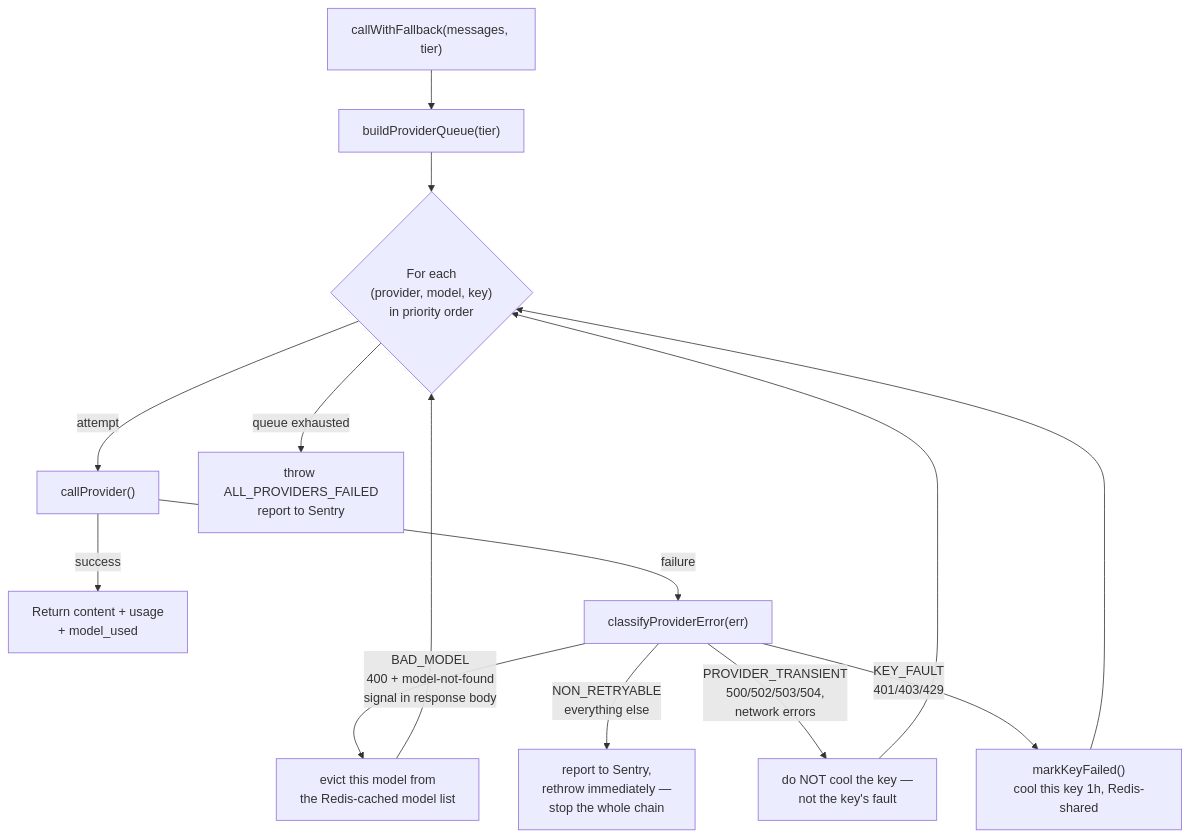
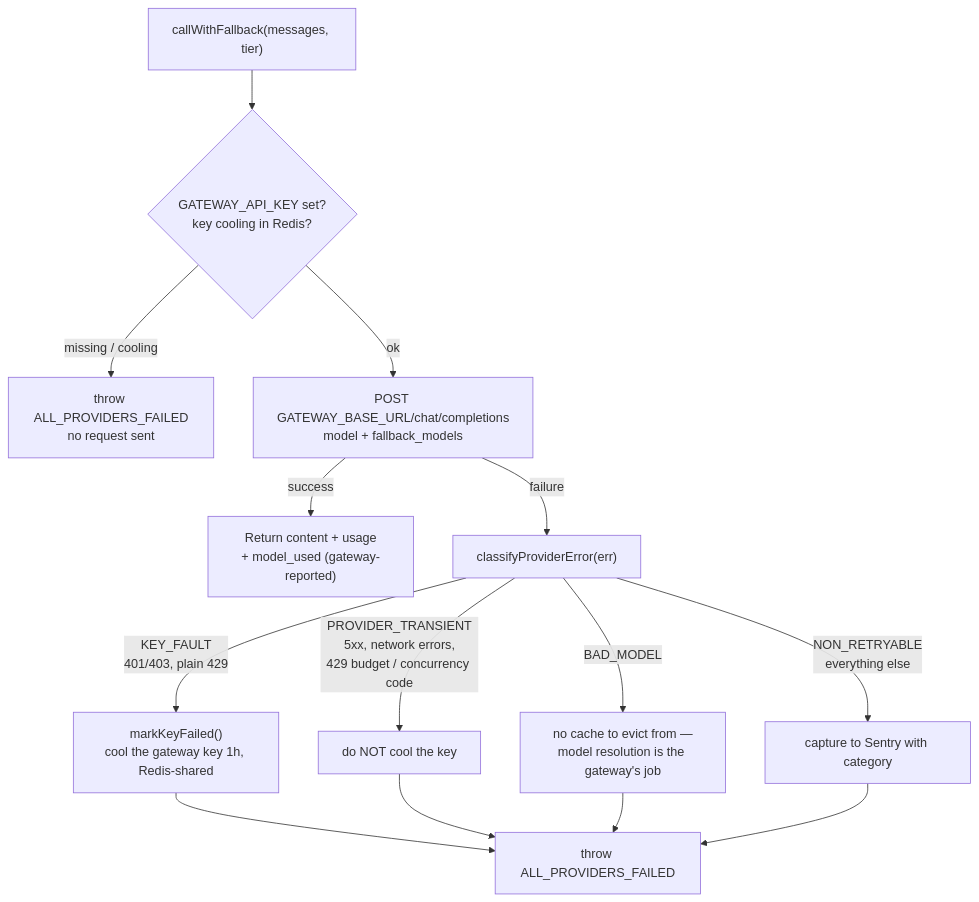
The fourth of 8 diagrams in ARCHITECTURE.md (Devpaul-01/Foundersales), drawn with Mermaid before and after one commit. The commit also changed other lines of this file and 4 other files, not shown here.

````diff
--- a/ARCHITECTURE.md
+++ b/ARCHITECTURE.md
@@ -200,16 +203,16 @@
 ```mermaid
 flowchart TB
-    Start["callWithFallback(messages, tier)"] --> Build["buildProviderQueue(tier)"]
-    Build --> Loop{"For each\n(provider, model, key)\nin priority order"}
-    Loop -->|attempt| Call["callProvider()"]
-    Call -->|success| Done["Return content + usage\n+ model_used"]
+    Start["callWithFallback(messages, tier)"] --> Guard{"GATEWAY_API_KEY set?\nkey cooling in Redis?"}
+    Guard -->|"missing / cooling"| FailFast["throw ALL_PROVIDERS_FAILED\nno request sent"]
+    Guard -->|ok| Call["POST GATEWAY_BASE_URL/chat/completions\nmodel + fallback_models"]
+    Call -->|success| Done["Return content + usage\n+ model_used (gateway-reported)"]
     Call -->|failure| Classify["classifyProviderError(err)"]
-    Classify -->|KEY_FAULT\n401/403/429| Cool["markKeyFailed()\ncool this key 1h, Redis-shared"]
-    Classify -->|PROVIDER_TRANSIENT\n500/502/503/504,\nnetwork errors| Skip["do NOT cool the key —\nnot the key's fault"]
-    Classify -->|BAD_MODEL\n400 + model-not-found\nsignal in response body| Evict["evict this model from\nthe Redis-cached model list"]
-    Classify -->|NON_RETRYABLE\neverything else| Abort["report to Sentry,\nrethrow immediately —\nstop the whole chain"]
-    Cool --> Loop
-    Skip --> Loop
-    Evict --> Loop
-    Loop -->|queue exhausted| Fail["throw ALL_PROVIDERS_FAILED\nreport to Sentry"]
+    Classify -->|"KEY_FAULT\n401/403, plain 429"| Cool["markKeyFailed()\ncool the gateway key 1h, Redis-shared"]
+    Classify -->|"PROVIDER_TRANSIENT\n5xx, network errors,\n429 budget / concurrency code"| Skip["do NOT cool the key"]
+    Classify -->|"BAD_MODEL"| Bad["no cache to evict from —\nmodel resolution is the gateway's job"]
+    Classify -->|"NON_RETRYABLE\neverything else"| Abort["capture to Sentry with category"]
+    Cool --> Fail["throw ALL_PROVIDERS_FAILED"]
+    Skip --> Fail
+    Bad --> Fail
+    Abort --> Fail
 ```
````
